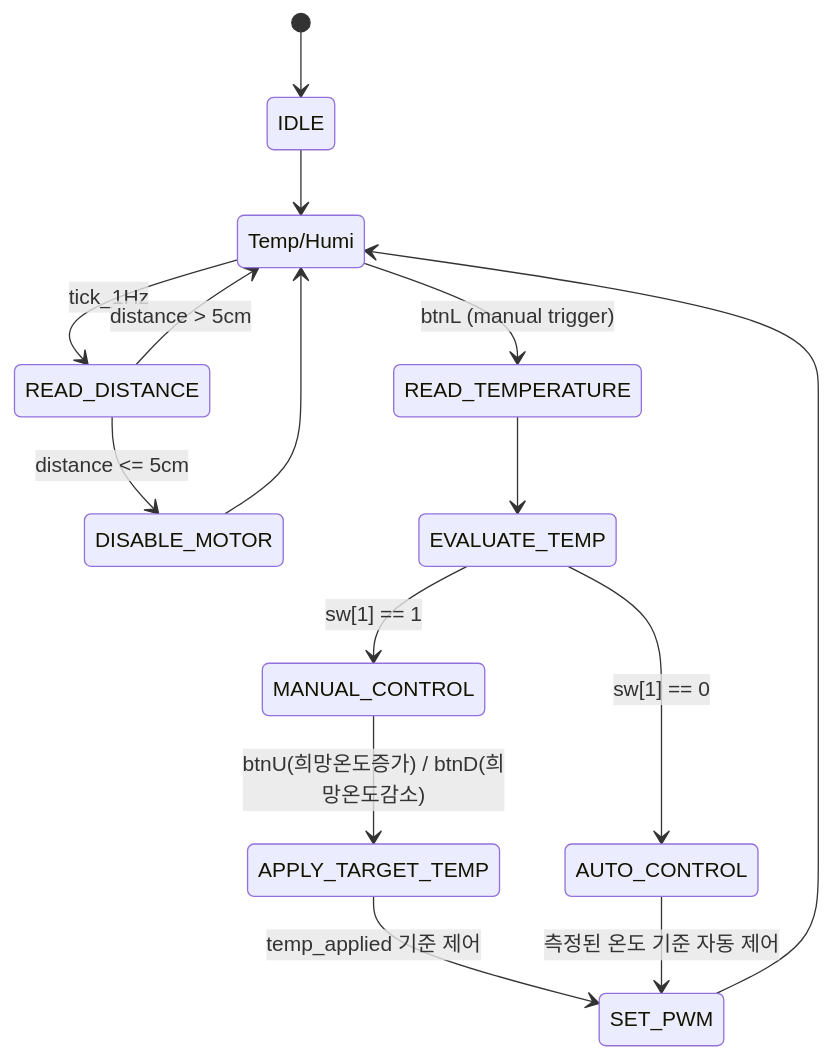
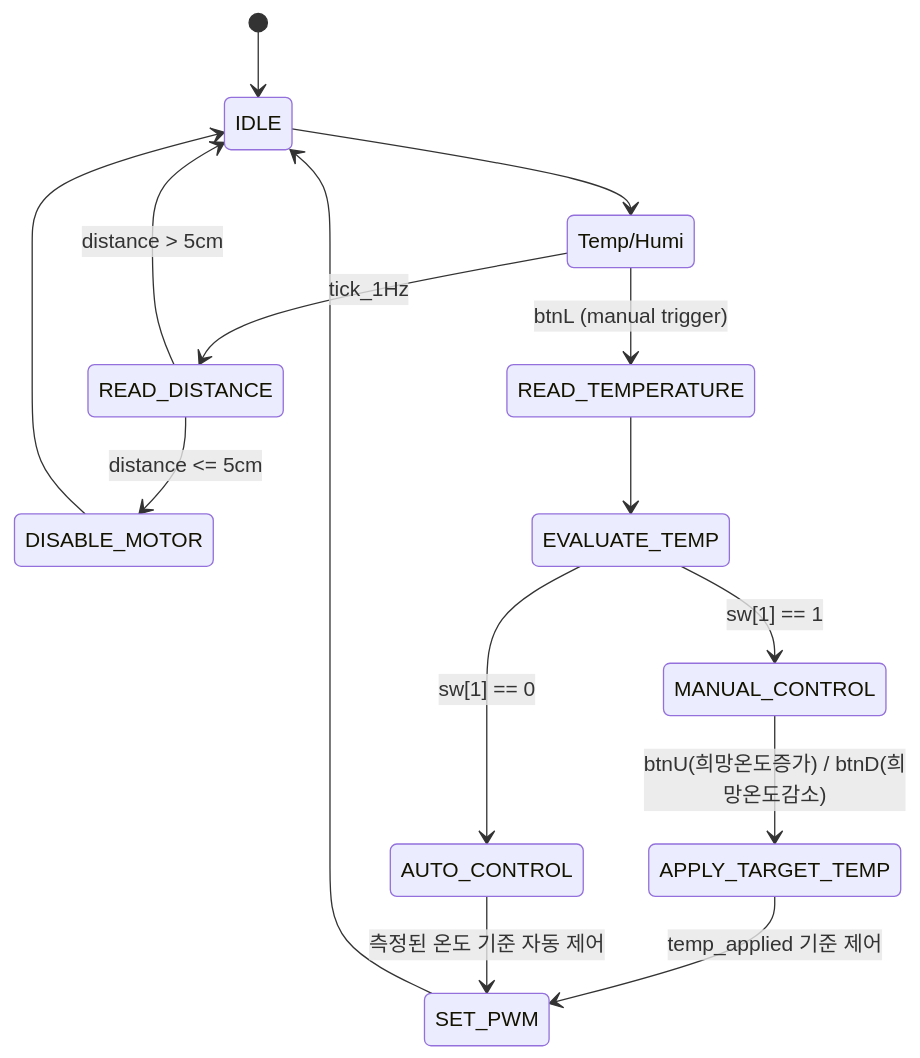
The third of 5 diagrams in 15.BESPOKE/README.md (SE0NGH0/AI_Verilog_HDL), drawn with Mermaid before and after one commit.

````diff
--- a/15.BESPOKE/README.md
+++ b/15.BESPOKE/README.md
@@ -94,17 +94,17 @@
 ```mermaid
 stateDiagram-v2
     [*] --> IDLE
     IDLE --> Temp/Humi
     Temp/Humi --> READ_DISTANCE: tick_1Hz
     Temp/Humi --> READ_TEMPERATURE: btnL (manual trigger)
     READ_DISTANCE --> DISABLE_MOTOR: distance <= 5cm
-    READ_DISTANCE --> Temp/Humi: distance > 5cm
+    READ_DISTANCE --> IDLE: distance > 5cm
     READ_TEMPERATURE --> EVALUATE_TEMP
     EVALUATE_TEMP --> MANUAL_CONTROL: sw[1] == 1
     EVALUATE_TEMP --> AUTO_CONTROL: sw[1] == 0
     MANUAL_CONTROL --> APPLY_TARGET_TEMP: btnU(희망온도증가) / btnD(희망온도감소)
     APPLY_TARGET_TEMP --> SET_PWM: temp_applied 기준 제어
     AUTO_CONTROL --> SET_PWM: 측정된 온도 기준 자동 제어
-    SET_PWM --> Temp/Humi
-    DISABLE_MOTOR --> Temp/Humi
+    SET_PWM --> IDLE
+    DISABLE_MOTOR --> IDLE
 ```
````
